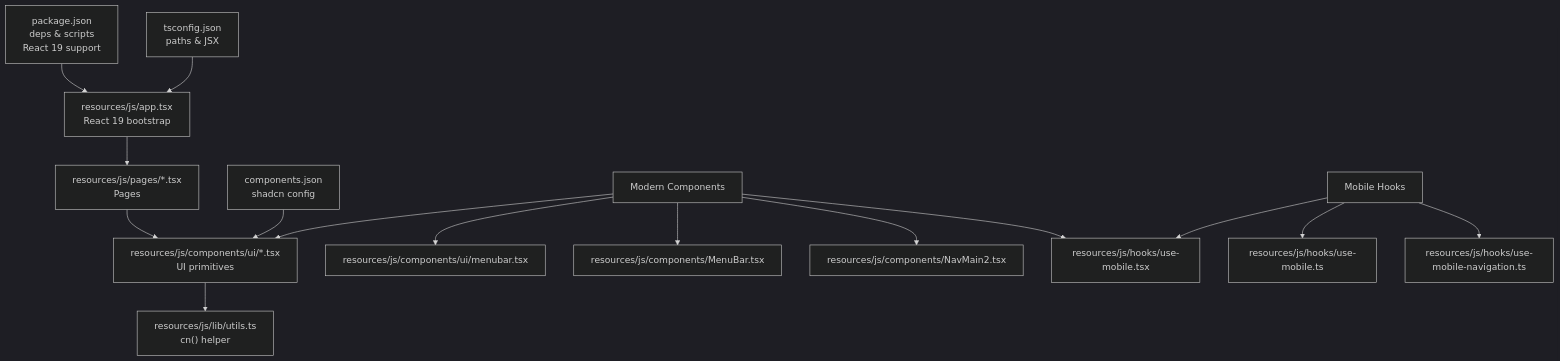
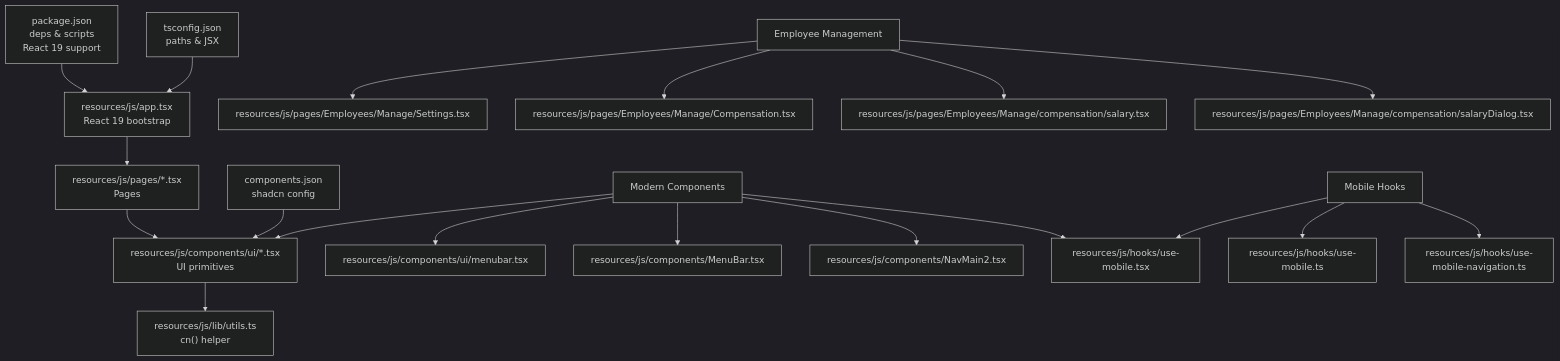
One commit to vincet0t15/template changed the first of 15 diagrams in .qoder/repowiki/en/content/Frontend Components & UI/Frontend Components & UI.md. Above: the diagram before and after it, drawn with Mermaid (dark theme). The commit also changed other lines of this file and 8 other files, not shown here.

````diff
--- a/.qoder/repowiki/en/content/Frontend Components & UI/Frontend Components & UI.md
+++ b/.qoder/repowiki/en/content/Frontend Components & UI/Frontend Components & UI.md
@@ -69,17 +78,21 @@
 ```mermaid
 graph TB
 A["resources/js/app.tsx<br/>React 19 bootstrap"] --> B["resources/js/pages/*.tsx<br/>Pages"]
 B --> C["resources/js/components/ui/*.tsx<br/>UI primitives"]
 C --> D["resources/js/lib/utils.ts<br/>cn() helper"]
 E["components.json<br/>shadcn config"] --> C
 F["package.json<br/>deps & scripts<br/>React 19 support"] --> A
 G["tsconfig.json<br/>paths & JSX"] --> A
 H["Modern Components"] --> C
 H --> I["resources/js/components/ui/menubar.tsx"]
 H --> J["resources/js/components/MenuBar.tsx"]
 H --> K["resources/js/components/NavMain2.tsx"]
 H --> L["resources/js/hooks/use-mobile.tsx"]
 M["Mobile Hooks"] --> L
 M --> N["resources/js/hooks/use-mobile.ts"]
 M --> O["resources/js/hooks/use-mobile-navigation.ts"]
+P["Employee Management"] --> Q["resources/js/pages/Employees/Manage/Settings.tsx"]
+P --> R["resources/js/pages/Employees/Manage/Compensation.tsx"]
+P --> S["resources/js/pages/Employees/Manage/compensation/salary.tsx"]
+P --> T["resources/js/pages/Employees/Manage/compensation/salaryDialog.tsx"]
 ```
````
